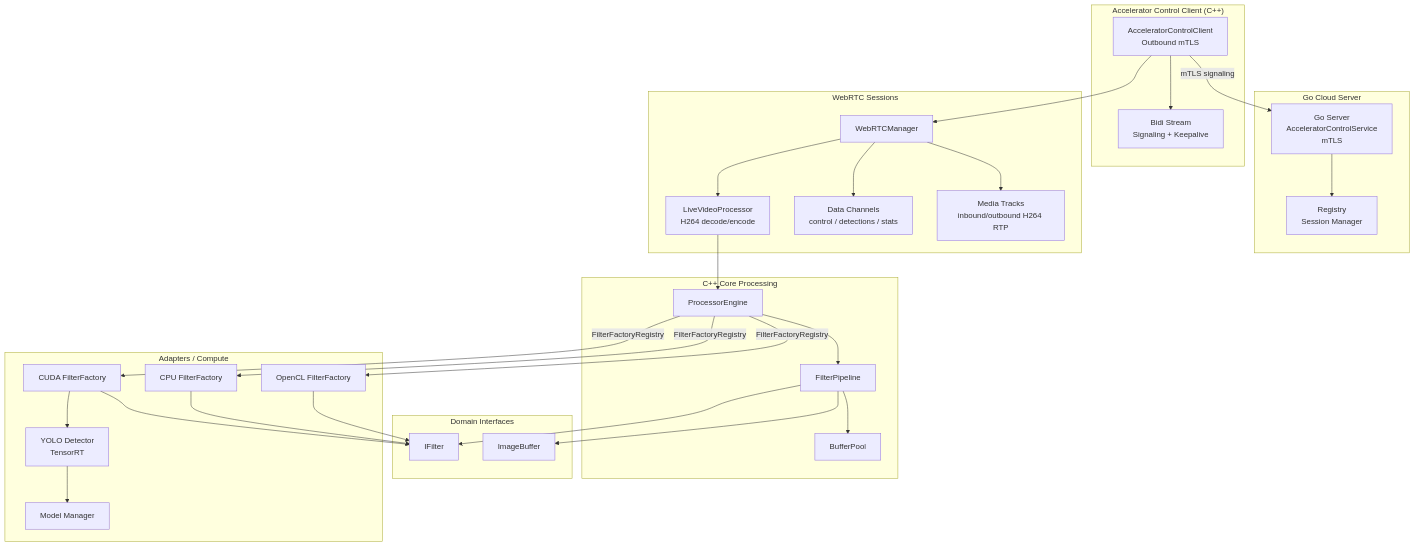
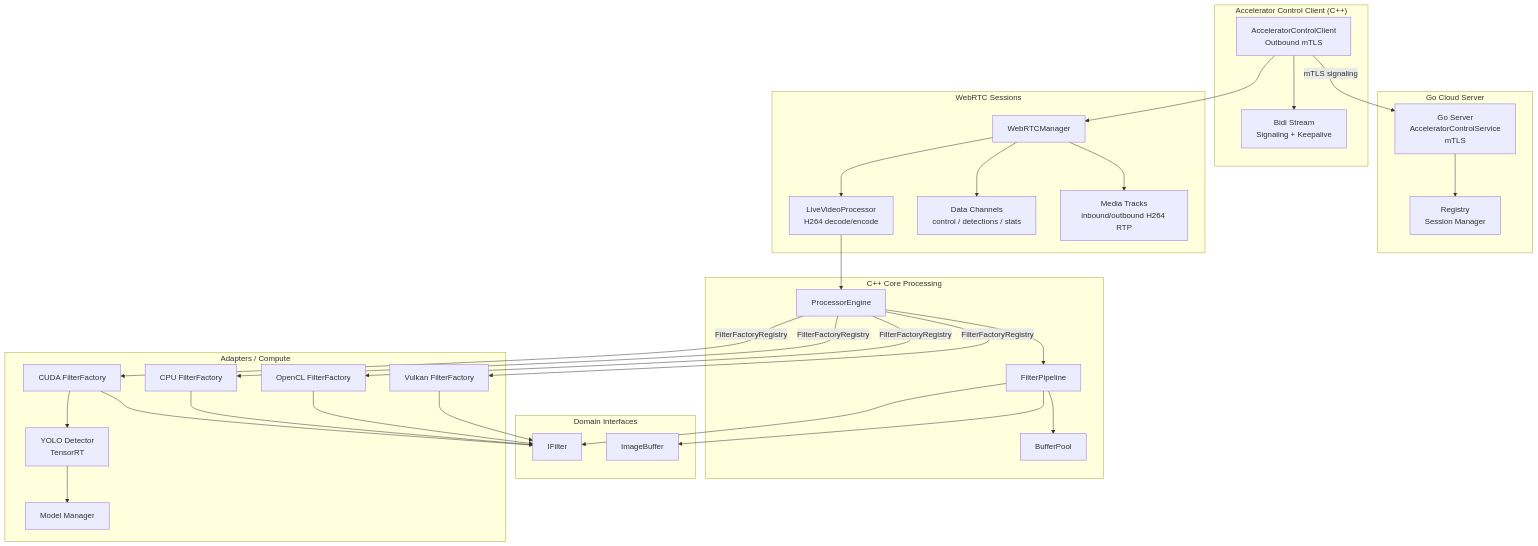
The first of 6 diagrams in src/cpp_accelerator/README.md (josnelihurt/learning-cuda), drawn with Mermaid before and after one commit. The commit also changed other lines of this file and 1 other file, not shown here.

````diff
--- a/src/cpp_accelerator/README.md
+++ b/src/cpp_accelerator/README.md
@@ -29,62 +29,65 @@
 ```mermaid
 graph TB
     subgraph "Go Cloud Server"
         GoServer[Go Server<br/>AcceleratorControlService<br/>mTLS]
         Registry[Registry<br/>Session Manager]
     end
 
     subgraph "Accelerator Control Client (C++)"
         AccelClient[AcceleratorControlClient<br/>Outbound mTLS]
         BidiStream[Bidi Stream<br/>Signaling + Keepalive]
     end
 
     subgraph "WebRTC Sessions"
         WebRTCMgr[WebRTCManager]
         LiveVP[LiveVideoProcessor<br/>H264 decode/encode]
         DataChannels[Data Channels<br/>control / detections / stats]
         MediaTracks[Media Tracks<br/>inbound/outbound H264 RTP]
     end
 
     subgraph "C++ Core Processing"
         ProcessorEngine[ProcessorEngine]
         FilterPipeline[FilterPipeline]
         BufferPool[BufferPool]
     end
 
     subgraph "Domain Interfaces"
         IFilter[IFilter]
         ImageBuffer[ImageBuffer]
     end
 
     subgraph "Adapters / Compute"
         CudaFactory[CUDA FilterFactory]
         CpuFactory[CPU FilterFactory]
         OpenCLFactory[OpenCL FilterFactory]
+        VulkanFactory[Vulkan FilterFactory]
         YOLODetector[YOLO Detector<br/>TensorRT]
         ModelManager[Model Manager]
     end
 
     GoServer --> Registry
 
     AccelClient -->|mTLS signaling| GoServer
     AccelClient --> BidiStream
     AccelClient --> WebRTCMgr
 
     WebRTCMgr --> LiveVP
     WebRTCMgr --> DataChannels
     WebRTCMgr --> MediaTracks
     LiveVP --> ProcessorEngine
 
     ProcessorEngine --> FilterPipeline
     FilterPipeline --> BufferPool
     FilterPipeline --> IFilter
     ProcessorEngine -->|FilterFactoryRegistry| CudaFactory
     ProcessorEngine -->|FilterFactoryRegistry| CpuFactory
     ProcessorEngine -->|FilterFactoryRegistry| OpenCLFactory
+    ProcessorEngine -->|FilterFactoryRegistry| VulkanFactory
     CudaFactory --> IFilter
     CpuFactory --> IFilter
     OpenCLFactory --> IFilter
+    VulkanFactory --> IFilter
     CudaFactory --> YOLODetector
     YOLODetector --> ModelManager
     FilterPipeline --> ImageBuffer
 ```
````
